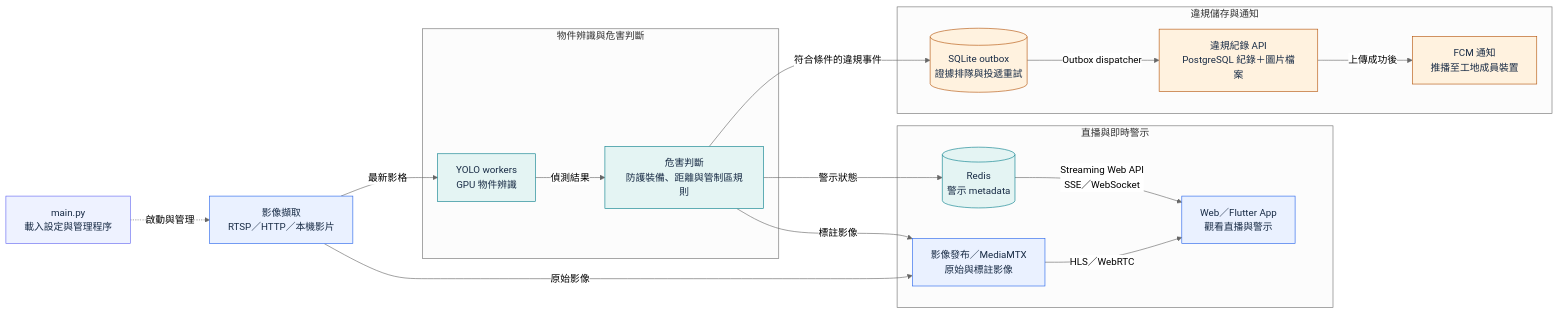
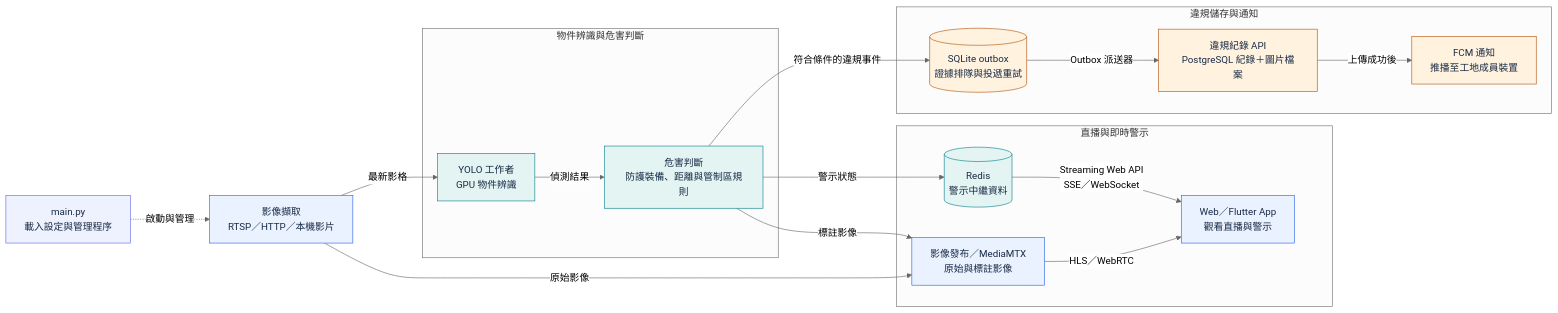
The diagram in README-zh-tw.md (yihong1120/Construction-Hazard-Detection), drawn with Mermaid (neutral theme) before and after one commit. The commit also changed other lines of this file and 1 other file, not shown here.

````diff
--- a/README-zh-tw.md
+++ b/README-zh-tw.md
@@ -99,42 +100,42 @@
 ```mermaid
 flowchart LR
     MAIN["main.py<br/>載入設定與管理程序"]
     CAPTURE["影像擷取<br/>RTSP／HTTP／本機影片"]
     MAIN -. 啟動與管理 .-> CAPTURE
 
     subgraph DETECTION["物件辨識與危害判斷"]
-        YOLO["YOLO workers<br/>GPU 物件辨識"]
+        YOLO["YOLO 工作者<br/>GPU 物件辨識"]
         RULES["危害判斷<br/>防護裝備、距離與管制區規則"]
         YOLO -->|偵測結果| RULES
     end
     CAPTURE -->|最新影格| YOLO
 
     subgraph LIVE["直播與即時警示"]
         MEDIA["影像發布／MediaMTX<br/>原始與標註影像"]
-        REDIS[("Redis<br/>警示 metadata")]
+        REDIS[("Redis<br/>警示中繼資料")]
         VIEW["Web／Flutter App<br/>觀看直播與警示"]
         MEDIA -->|HLS／WebRTC| VIEW
         REDIS -->|Streaming Web API<br/>SSE／WebSocket| VIEW
     end
     CAPTURE -->|原始影像| MEDIA
     RULES -->|標註影像| MEDIA
     RULES -->|警示狀態| REDIS
 
     subgraph EVIDENCE["違規儲存與通知"]
         OUTBOX[("SQLite outbox<br/>證據排隊與投遞重試")]
         STORE["違規紀錄 API<br/>PostgreSQL 紀錄＋圖片檔案"]
         NOTIFY["FCM 通知<br/>推播至工地成員裝置"]
-        OUTBOX -->|Outbox dispatcher| STORE
+        OUTBOX -->|Outbox 派送器| STORE
         STORE -->|上傳成功後| NOTIFY
     end
     RULES -->|符合條件的違規事件| OUTBOX
 
     classDef control fill:#eef2ff,stroke:#6366f1,color:#182b45
     classDef video fill:#eaf1ff,stroke:#2563eb,color:#182b45
     classDef detection fill:#e4f4f3,stroke:#087f8c,color:#182b45
     classDef storage fill:#fff2df,stroke:#b45309,color:#182b45
     class MAIN control
     class CAPTURE,MEDIA,VIEW video
     class YOLO,RULES,REDIS detection
     class OUTBOX,STORE,NOTIFY storage
 ```
````
